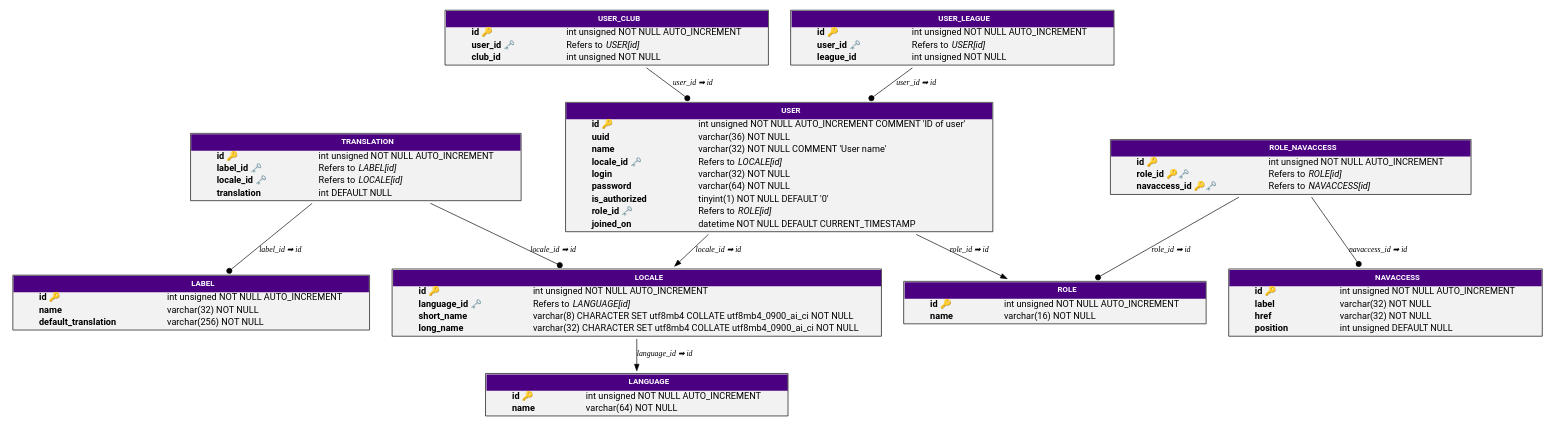
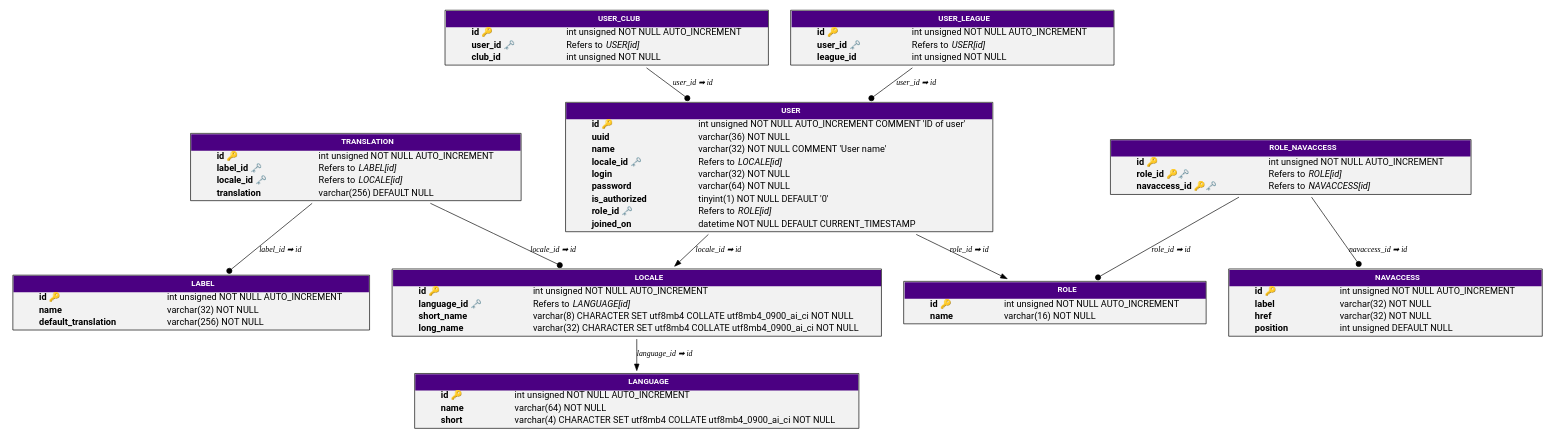
One commit to nag763/kikers changed the diagram in .output.dot. Above: the diagram before and after it, drawn with Graphviz. The commit also changed 26 other files, not shown here.

```diff
--- a/.output.dot
+++ b/.output.dot
@@ -60,6 +60,12 @@
         <FONT COLOR="black" FACE="Roboto"><B>name</B></FONT>
         </TD><TD ALIGN="LEFT">
         <FONT COLOR="black" FACE="Roboto">varchar(64) NOT NULL</FONT>
+        </TD></TR>
+
+        <TR><TD ALIGN="LEFT" BORDER="0">
+        <FONT COLOR="black" FACE="Roboto"><B>short</B></FONT>
+        </TD><TD ALIGN="LEFT">
+        <FONT COLOR="black" FACE="Roboto">varchar(4) CHARACTER SET utf8mb4 COLLATE utf8mb4_0900_ai_ci NOT NULL</FONT>
         </TD></TR>
 
 	</TABLE> >]
@@ -216,7 +222,7 @@
         <TR><TD ALIGN="LEFT" BORDER="0">
         <FONT COLOR="black" FACE="Roboto"><B>translation</B></FONT>
         </TD><TD ALIGN="LEFT">
-        <FONT COLOR="black" FACE="Roboto">int DEFAULT NULL</FONT>
+        <FONT COLOR="black" FACE="Roboto">varchar(256) DEFAULT NULL</FONT>
         </TD></TR>
 
 	</TABLE> >]
```
